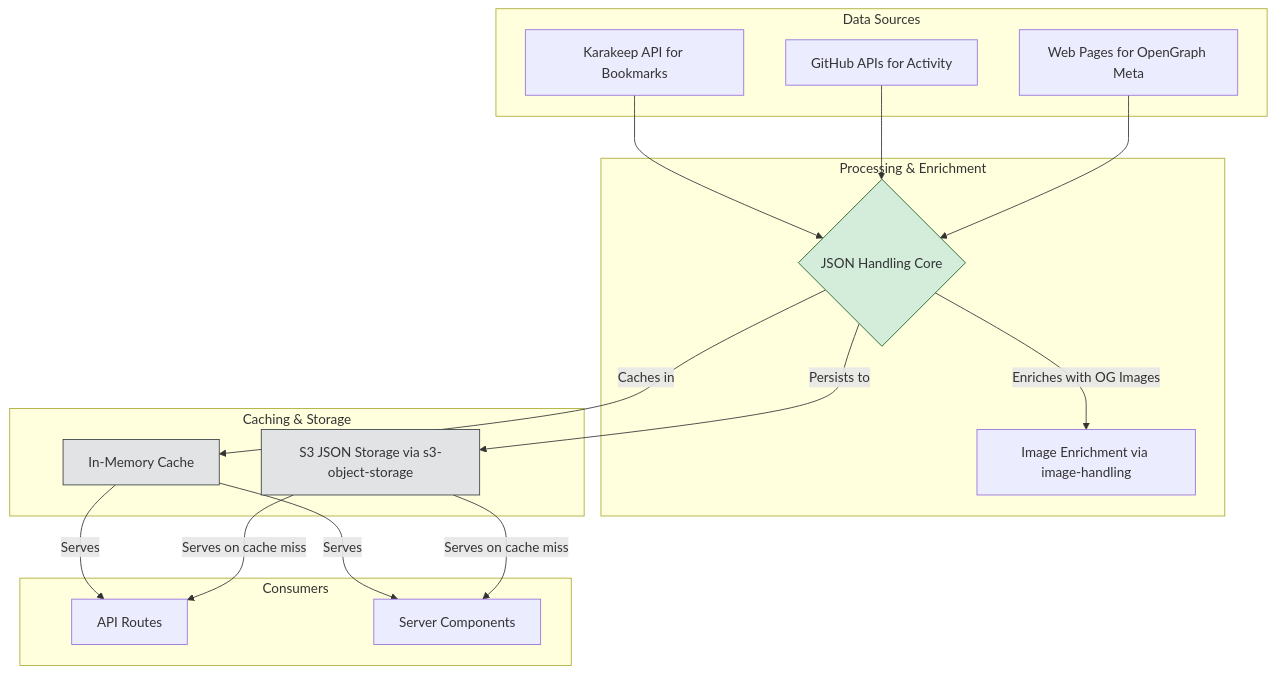
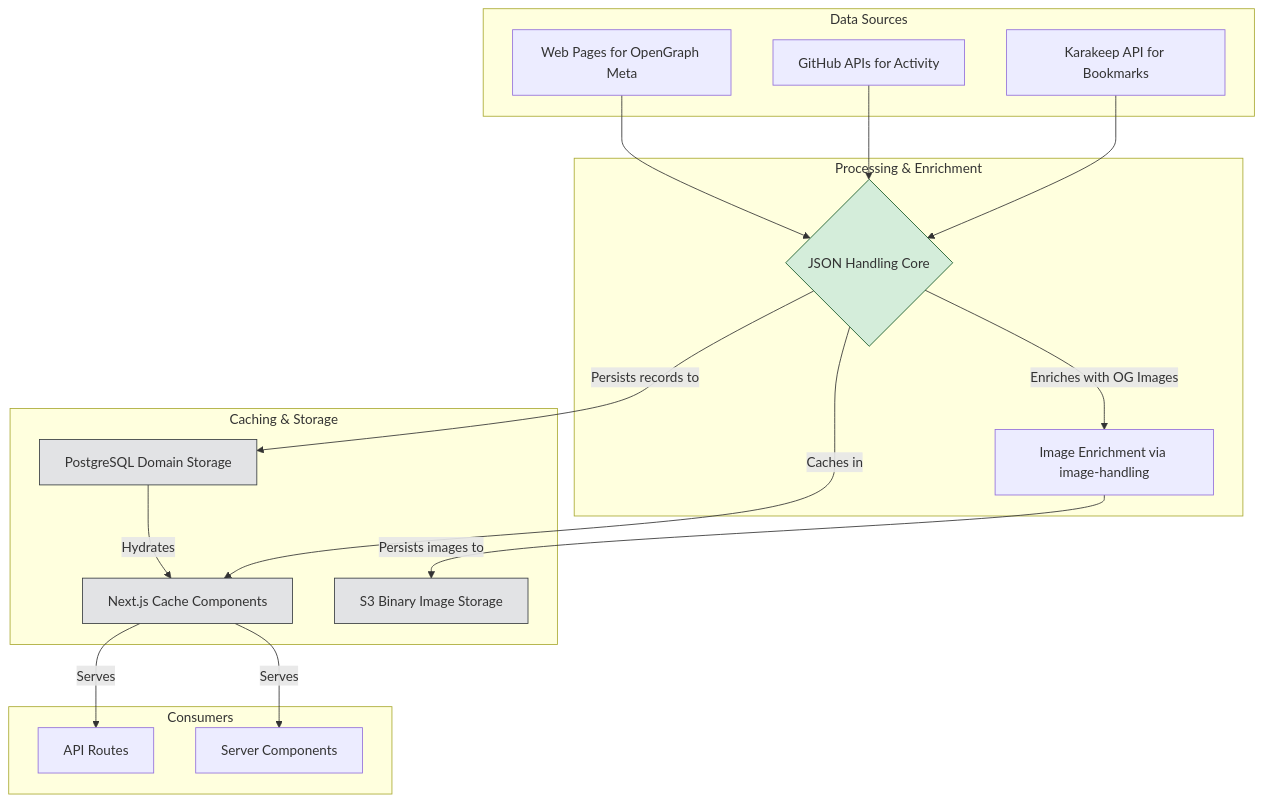
One commit to WilliamAGH/williamcallahan.com changed the diagram in docs/architecture/json-data.mmd. Above: the diagram before and after it, drawn with Mermaid. The commit also changed 33 other files, not shown here.

```diff
--- a/docs/architecture/json-data.mmd
+++ b/docs/architecture/json-data.mmd
@@ -1,37 +1,40 @@
 graph TD
     subgraph "Data Sources"
         A[Karakeep API for Bookmarks]
         B[GitHub APIs for Activity]
         C[Web Pages for OpenGraph Meta]
     end
 
     subgraph "Processing & Enrichment"
         D{JSON Handling Core}
         E[Image Enrichment via image-handling]
     end
 
     subgraph "Caching & Storage"
-        F[In-Memory Cache]
-        G[S3 JSON Storage via s3-object-storage]
+        F[Next.js Cache Components]
+        G[PostgreSQL Domain Storage]
+        J[S3 Binary Image Storage]
     end
     
     subgraph "Consumers"
         H[API Routes]
         I[Server Components]
     end
 
     A --> D
     B --> D
     C --> D
     
     D -- "Enriches with OG Images" --> E
     
     D -- "Caches in" --> F
-    D -- "Persists to" --> G
+    D -- "Persists records to" --> G
+    E -- "Persists images to" --> J
 
+    G -- "Hydrates" --> F
     F -- "Serves" --> H & I
-    G -- "Serves on cache miss" --> H & I
 
     style D fill:#d4edda,stroke:#155724
     style F fill:#e2e3e5,stroke:#383d41
-    style G fill:#e2e3e5,stroke:#383d41 
+    style G fill:#e2e3e5,stroke:#383d41
+    style J fill:#e2e3e5,stroke:#383d41
```
